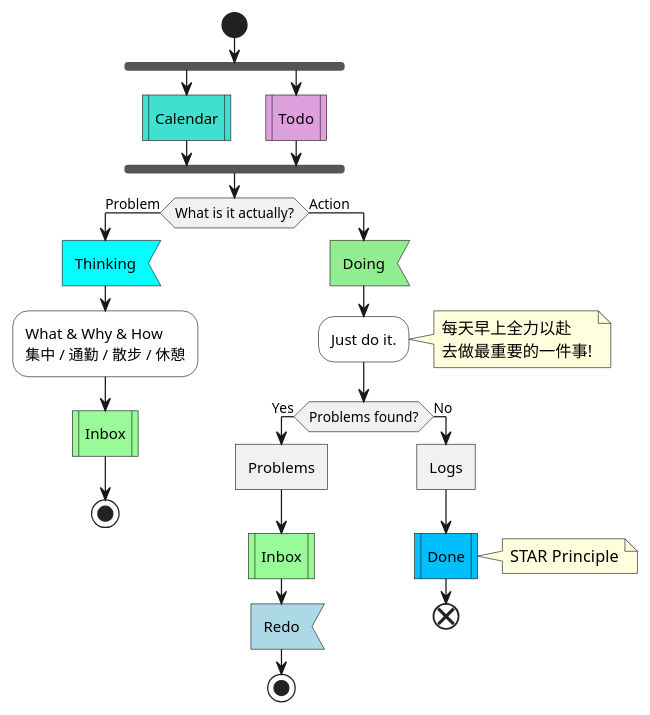
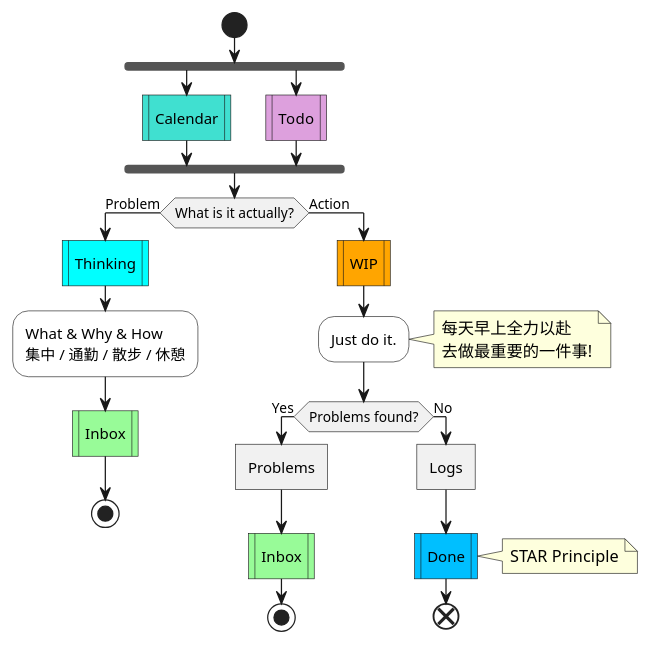
Before and after one commit to IceHe/icehe-lib: the sixth of 9 diagrams in snips/principles/gtd.md, drawn with PlantUML. The commit also changed other lines of this file and 1 other file, not shown here.

````diff
--- a/snips/principles/gtd.md
+++ b/snips/principles/gtd.md
@@ -303,32 +195,31 @@
 ```plantuml
 @startuml
 start
 fork
     #turquoise:Calendar|
 fork again
     #plum:Todo|
 end fork
 if (What is it actually?) then (Problem)
-    #aqua:Thinking<
+    #aqua:Thinking|
     #white:What & Why & How\n集中 / 通勤 / 散步 / 休憩;
     'note right : What & Why & How
     #paleGreen:Inbox|
     stop
 else (Action)
-    #lightGreen:Doing<
+    #orange:WIP|
     #white:Just do it.;
     note right : 每天早上全力以赴\n去做最重要的一件事!
     if (Problems found?) then (Yes)
         :Problems]
         #paleGreen:Inbox|
-        #lightBlue:Redo<
         stop
     else (No)
         :Logs]
         #deepSkyBlue:Done|
         note right : STAR Principle
         end
     endif
 endif
 @enduml
 ```
````
